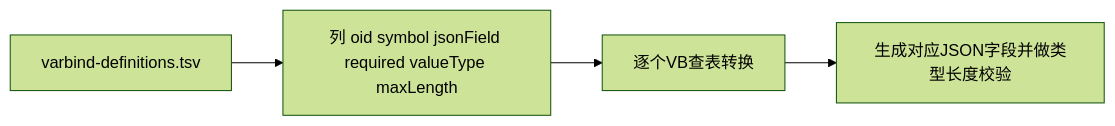
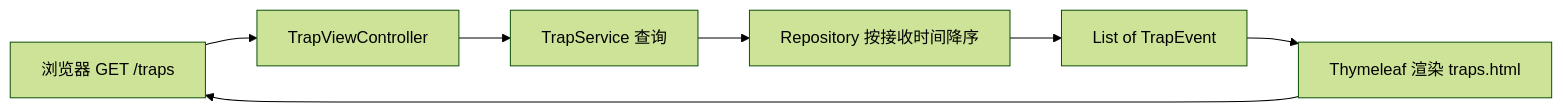
One commit to seki999/DialogueFlow_GitHub_OnLine changed the diagram in slides/snmp-trap-demo-course/16.md. Above: the diagram before and after it, drawn with Mermaid (forest theme). The commit also changed other lines of this file and 56 other files, not shown here.

````diff
--- a/slides/snmp-trap-demo-course/16.md
+++ b/slides/snmp-trap-demo-course/16.md
@@ -5,6 +5,9 @@
 ```mermaid
 flowchart LR
-    File[varbind-definitions.tsv] --> Col[列 oid symbol jsonField required valueType maxLength]
-    Col --> Use[逐个VB查表转换]
-    Use --> Json[生成对应JSON字段并做类型长度校验]
+    User[浏览器 GET /traps] --> View[TrapViewController]
+    View --> Svc[TrapService 查询]
+    Svc --> Repo[Repository 按接收时间降序]
+    Repo --> Data[List of TrapEvent]
+    Data --> Thymeleaf[Thymeleaf 渲染 traps.html]
+    Thymeleaf --> User
 ```
````
